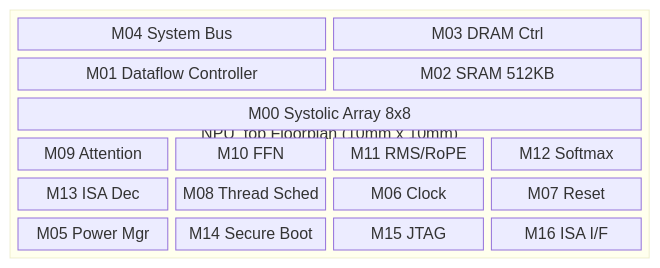
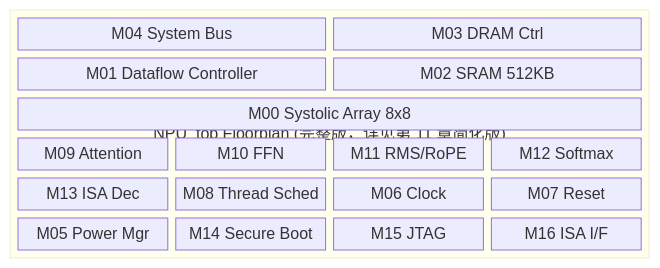
Before and after one commit to amoslee2026/Babel: the third of 4 diagrams in tutorial/13-hands-on-npu.md, drawn with Mermaid. The commit also changed other lines of this file and 15 other files, not shown here.

````diff
--- a/tutorial/13-hands-on-npu.md
+++ b/tutorial/13-hands-on-npu.md
@@ -496,30 +498,30 @@
 ```mermaid
 block-beta
     columns 4
 
-    block:TOP["NPU_top Floorplan (10mm x 10mm)"]:4
+    block:TOP["NPU_top Floorplan (完整版，详见第 11 章简化版)"]:4
         columns 4
         BUS["M04 System Bus"]:2
         DRAM["M03 DRAM Ctrl"]:2
 
         DC["M01 Dataflow Controller"]:2
         SRAM["M02 SRAM 512KB"]:2
 
         SA["M00 Systolic Array 8x8"]:4
 
         ATT["M09 Attention"]
         FFN["M10 FFN"]
         RN["M11 RMS/RoPE"]
         SM["M12 Softmax"]
 
         ISA["M13 ISA Dec"]
         TS["M08 Thread Sched"]
         CLK["M06 Clock"]
         RST["M07 Reset"]
 
         PWR["M05 Power Mgr"]
         BOOT["M14 Secure Boot"]
         JTAG["M15 JTAG"]
         IO["M16 ISA I/F"]
     end
 ```
````
